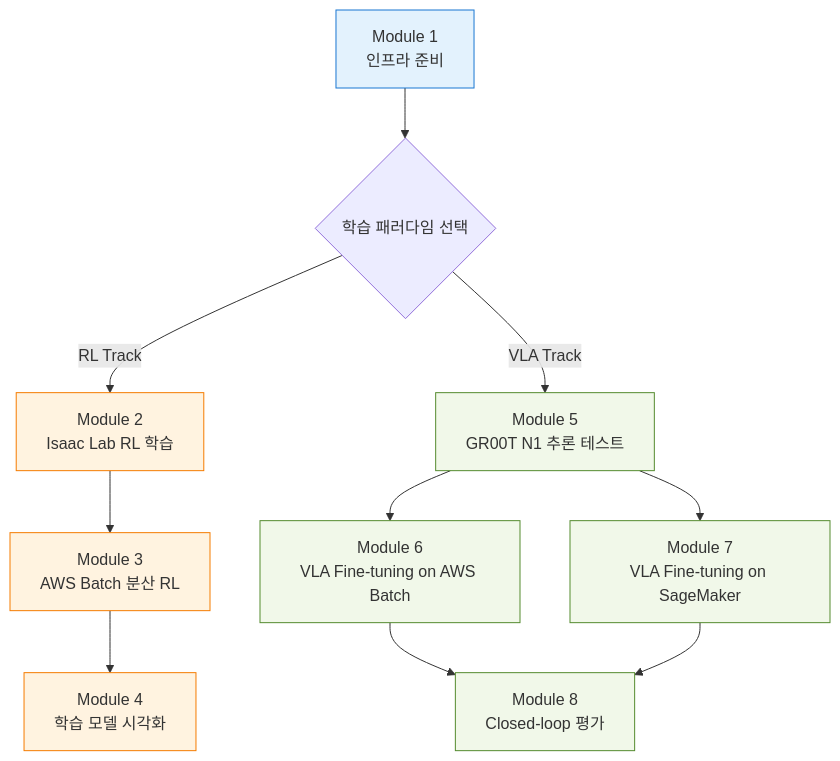
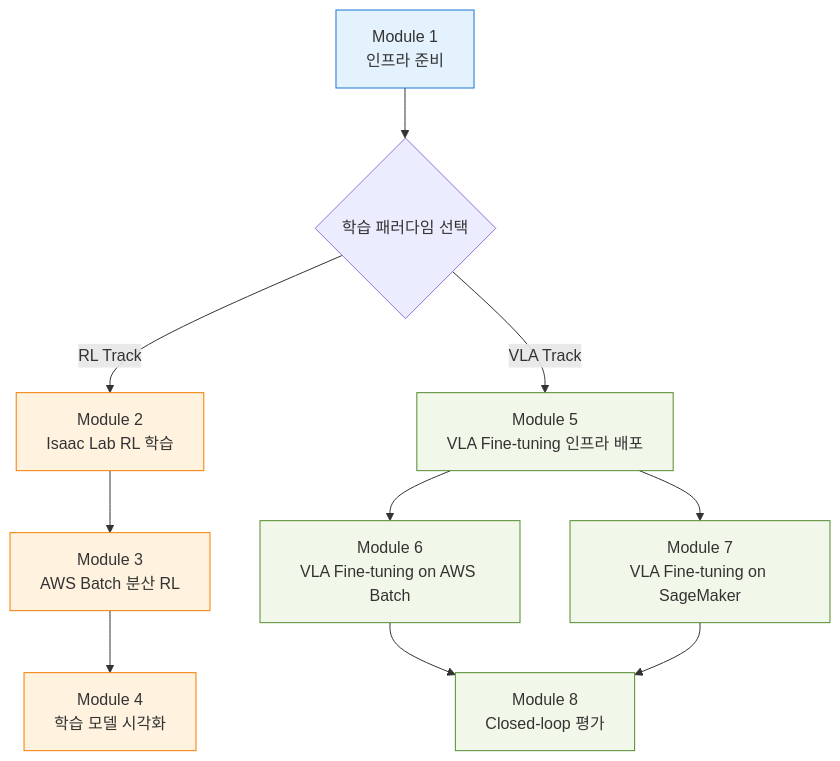
The diagram in physical-ai-on-aws-guide/nvidia-isaac-lab-on-aws/README.md (seokjushin/physical-ai-aws-docs), drawn with Mermaid before and after one commit. The commit also changed other lines of this file and 5 other files, not shown here.

First line of the commit message:
docs(isaac-lab): 5장을 VLA Fine-tuning 인프라 배포 중심으로 재구성

````diff
--- a/physical-ai-on-aws-guide/nvidia-isaac-lab-on-aws/README.md
+++ b/physical-ai-on-aws-guide/nvidia-isaac-lab-on-aws/README.md
@@ -48,23 +48,23 @@
 ```mermaid
 flowchart TB
     Start["Module 1<br/>인프라 준비"] --> Branch{"학습 패러다임 선택"}
 
     Branch -->|"RL Track"| RL2["Module 2<br/>Isaac Lab RL 학습"]
     RL2 --> RL3["Module 3<br/>AWS Batch 분산 RL"]
     RL3 --> RL4["Module 4<br/>학습 모델 시각화"]
 
-    Branch -->|"VLA Track"| VLA5["Module 5<br/>GR00T N1 추론 테스트"]
+    Branch -->|"VLA Track"| VLA5["Module 5<br/>VLA Fine-tuning 인프라 배포"]
     VLA5 --> VLA6["Module 6<br/>VLA Fine-tuning on AWS Batch"]
     VLA5 --> VLA7["Module 7<br/>VLA Fine-tuning on SageMaker"]
     VLA6 --> VLA8["Module 8<br/>Closed-loop 평가"]
     VLA7 --> VLA8
 
     style Start fill:#e3f2fd,stroke:#1976d2
     style RL2 fill:#fff3e0,stroke:#f57c00
     style RL3 fill:#fff3e0,stroke:#f57c00
     style RL4 fill:#fff3e0,stroke:#f57c00
     style VLA5 fill:#f1f8e9,stroke:#558b2f
     style VLA6 fill:#f1f8e9,stroke:#558b2f
     style VLA7 fill:#f1f8e9,stroke:#558b2f
     style VLA8 fill:#f1f8e9,stroke:#558b2f
 ```
````
